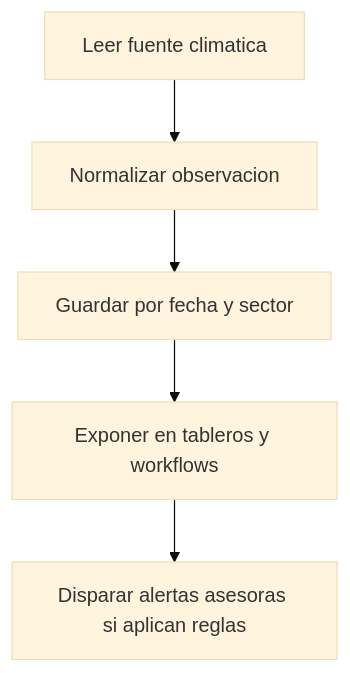
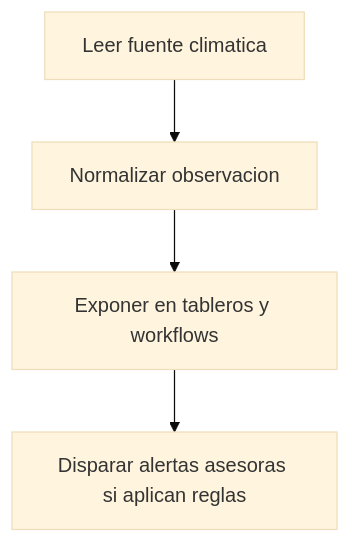
Before and after one commit to Dario849/AppGro: the diagram in docs/domain/weather/spec.es.md, drawn with Mermaid (base theme). The commit also changed other lines of this file and 26 other files, not shown here.

````diff
--- a/docs/domain/weather/spec.es.md
+++ b/docs/domain/weather/spec.es.md
@@ -22,7 +24,4 @@
 ```mermaid
 flowchart TD
-    A[Leer fuente climatica] --> B[Normalizar observacion]
-    B --> C[Guardar por fecha y sector]
-    C --> D[Exponer en tableros y workflows]
-    D --> E[Disparar alertas asesoras si aplican reglas]
+    A[Leer fuente climatica] --> B[Normalizar observacion] --> C[Exponer en tableros y workflows] --> D[Disparar alertas asesoras si aplican reglas]
 ```
````
